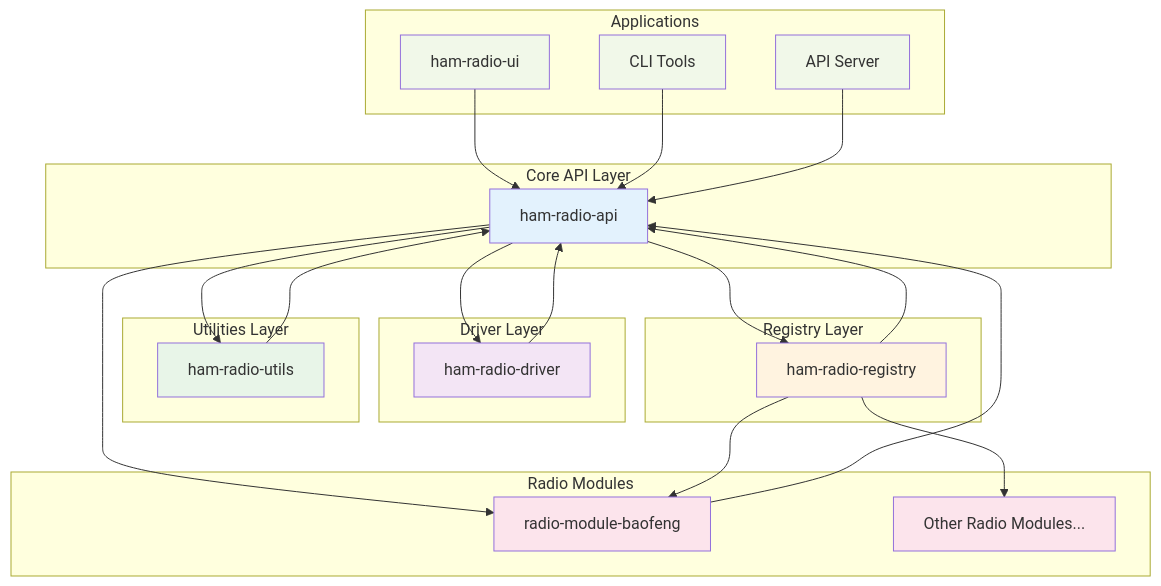
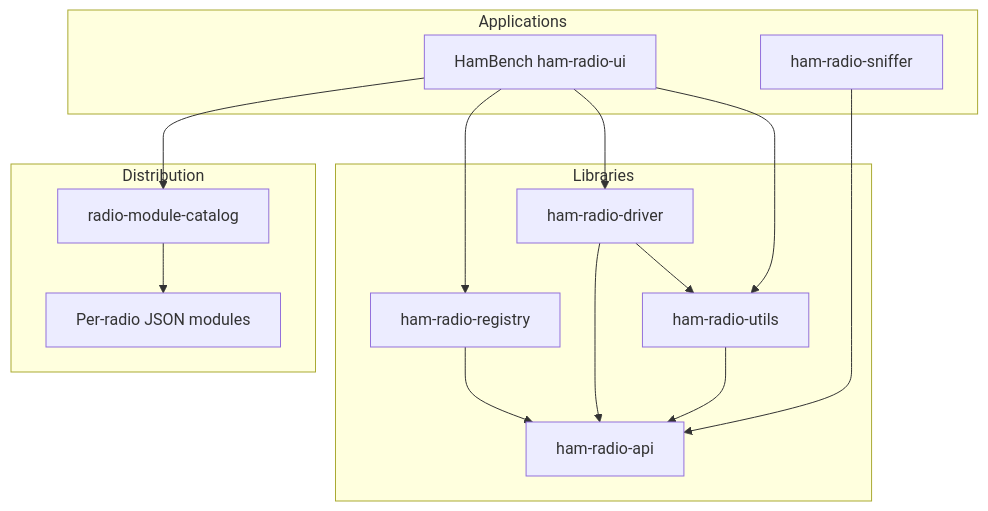
The first of 4 diagrams in docs/developer/architecture.md (springfield-ham-radio/ham-radio-docs), drawn with Mermaid before and after one commit. The commit also changed other lines of this file and 47 other files, not shown here.

First line of the commit message:
docs: guide manufacturers through a HamBench radio driver (#31)

````diff
--- a/docs/developer/architecture.md
+++ b/docs/developer/architecture.md
@@ -11,56 +11,27 @@
 ```mermaid
-graph TB
-    subgraph "Core API Layer"
-        API[ham-radio-api]
-    end
-    
-    subgraph "Driver Layer"
-        DRIVER[ham-radio-driver]
-    end
-    
-    subgraph "Utilities Layer"
-        UTILS[ham-radio-utils]
-    end
-    
-    subgraph "Registry Layer"
-        REGISTRY[ham-radio-registry]
-    end
-    
-    subgraph "Radio Modules"
-        BAOFENG[radio-module-baofeng]
-        OTHER[Other Radio Modules...]
-    end
-    
-    subgraph "Applications"
-        UI[ham-radio-ui]
-        CLI[CLI Tools]
-        API_SERVER[API Server]
-    end
-    
-    API --> DRIVER
-    API --> UTILS
-    API --> REGISTRY
-    API --> BAOFENG
-    
-    DRIVER --> API
-    UTILS --> API
-    REGISTRY --> API
-    BAOFENG --> API
-    
-    UI --> API
-    CLI --> API
-    API_SERVER --> API
-    
-    REGISTRY --> BAOFENG
-    REGISTRY --> OTHER
-    
-    style API fill:#e3f2fd
-    style DRIVER fill:#f3e5f5
-    style UTILS fill:#e8f5e8
-    style REGISTRY fill:#fff3e0
-    style BAOFENG fill:#fce4ec
-    style OTHER fill:#fce4ec
-    style UI fill:#f1f8e9
-    style CLI fill:#f1f8e9
-    style API_SERVER fill:#f1f8e9
+flowchart TB
+  subgraph apps ["Applications"]
+    UI["HamBench ham-radio-ui"]
+    SNIFF["ham-radio-sniffer"]
+  end
+  subgraph dist ["Distribution"]
+    CAT["radio-module-catalog"]
+    MOD["Per-radio JSON modules"]
+  end
+  subgraph libs ["Libraries"]
+    API["ham-radio-api"]
+    DRIVER["ham-radio-driver"]
+    UTILS["ham-radio-utils"]
+    REG["ham-radio-registry"]
+  end
+  UI --> CAT
+  CAT --> MOD
+  UI --> REG
+  UI --> DRIVER
+  UI --> UTILS
+  DRIVER --> API
+  UTILS --> API
+  REG --> API
+  DRIVER --> UTILS
+  SNIFF --> API
 ```
````
